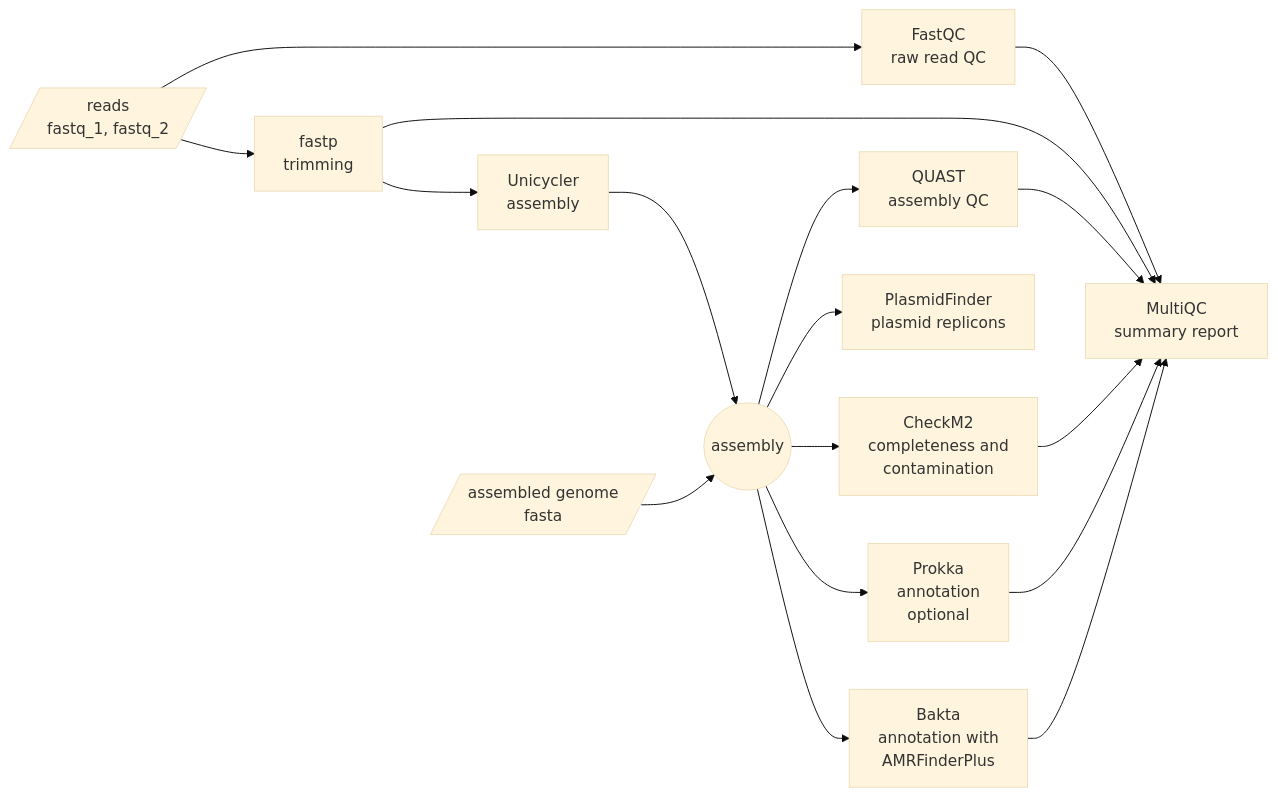
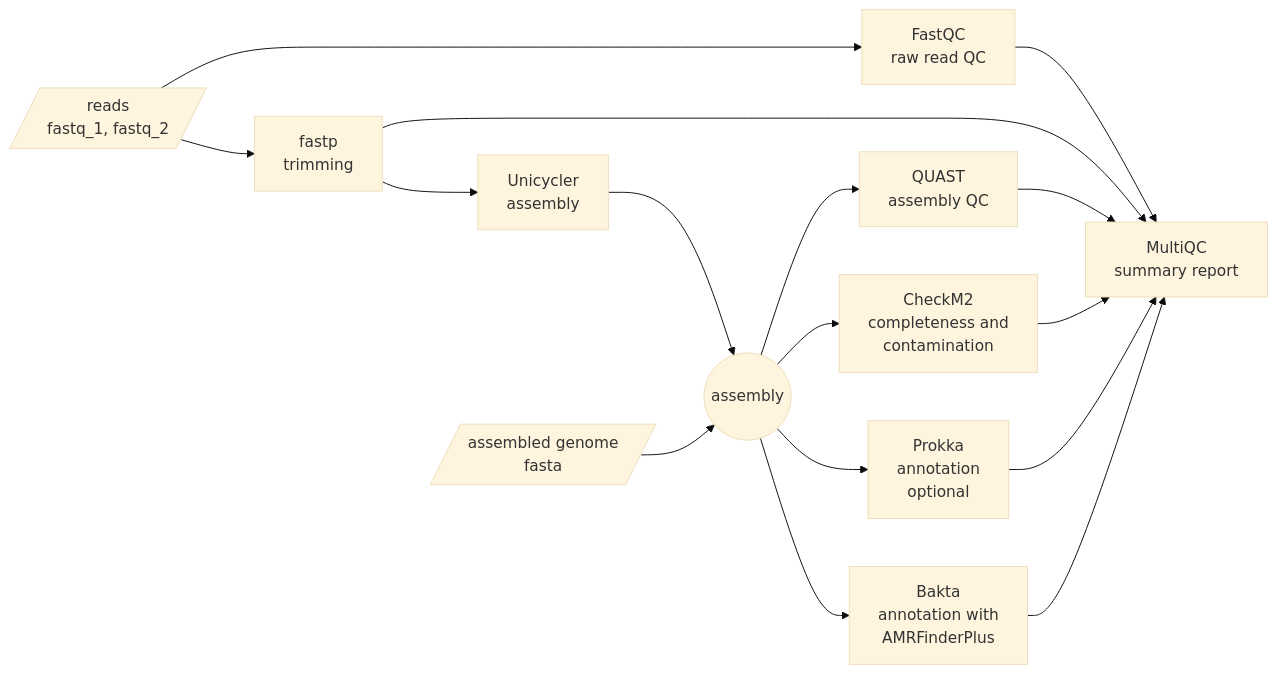
The diagram in README.md (gigabiome/AMRBench_QC), drawn with Mermaid (base theme) before and after one commit. The commit also changed other lines of this file and 5 other files, not shown here.

````diff
--- a/README.md
+++ b/README.md
@@ -39,19 +39,18 @@
 ```mermaid
 flowchart LR
     A[/reads<br>fastq_1, fastq_2/] --> B[FastQC<br>raw read QC]
     A --> C[fastp<br>trimming]
     C --> D[Unicycler<br>assembly]
     D --> X((assembly))
     H[/assembled genome<br>fasta/] --> X
     X --> E[QUAST<br>assembly QC]
     X --> I[CheckM2<br>completeness and<br>contamination]
-    X --> J[PlasmidFinder<br>plasmid replicons]
     X --> F[Prokka<br>annotation<br>optional]
     X --> K[Bakta<br>annotation with<br>AMRFinderPlus]
     B --> G[MultiQC<br>summary report]
     C --> G
     E --> G
     I --> G
     F --> G
     K --> G
 ```
````
